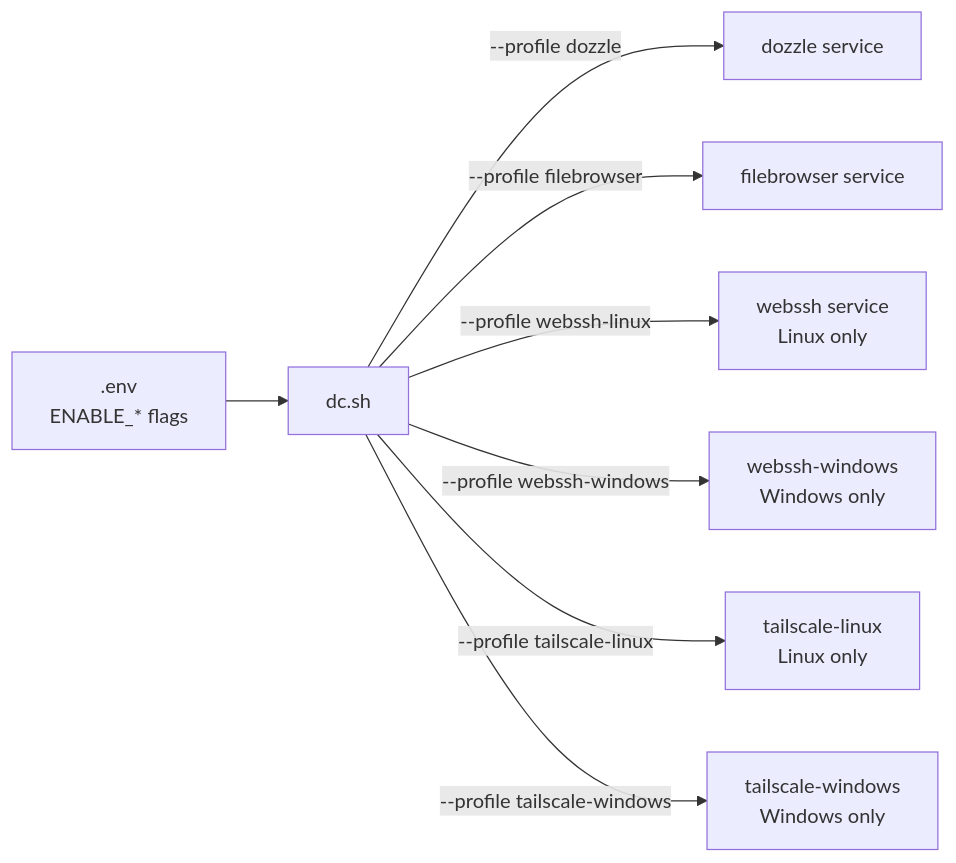
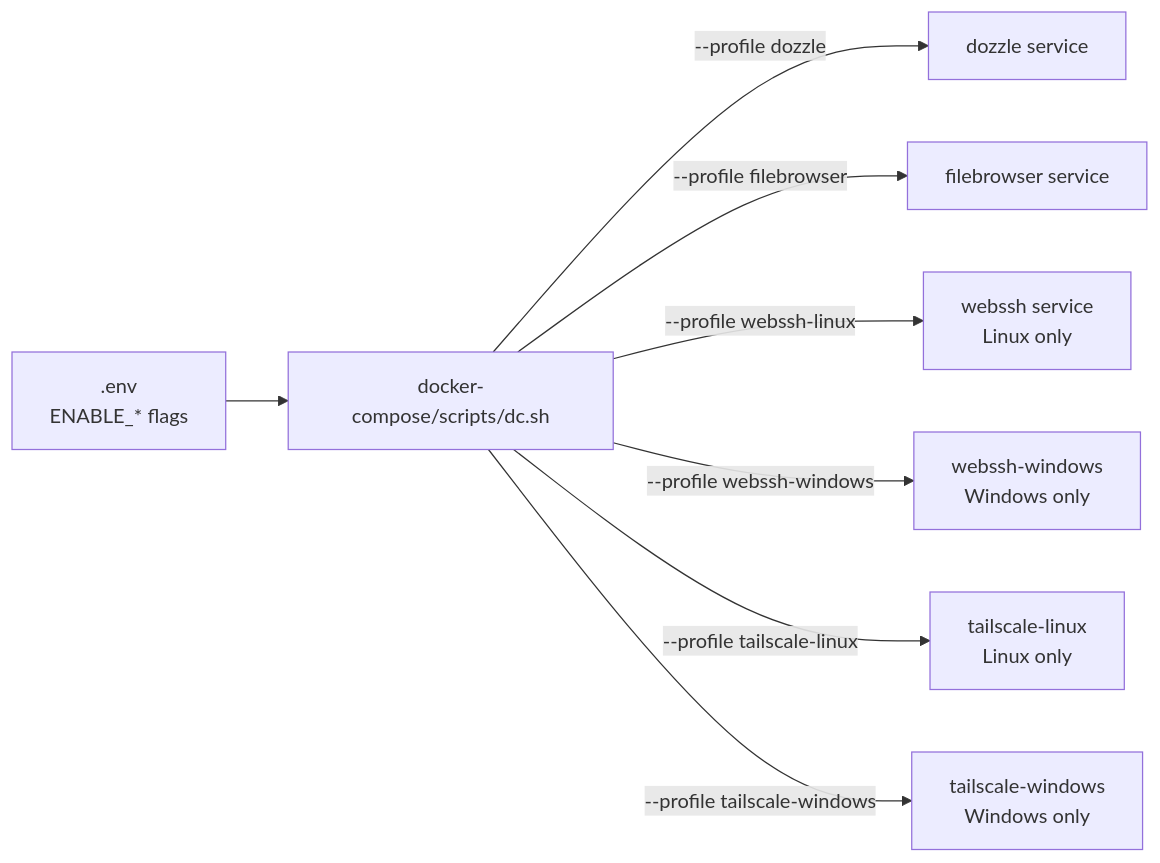
Before and after one commit to odhgateway-ai/docker-stack-template: the second of 5 diagrams in docs/DEPLOY.md, drawn with Mermaid. The commit also changed other lines of this file and 13 other files, not shown here.

First line of the commit message:
Đã xong, mình đã tái cấu trúc đúng như bạn yêu cầu và cập nhật toàn bộ đường dẫn liên quan để không vỡ flow.

````diff
--- a/docs/DEPLOY.md
+++ b/docs/DEPLOY.md
@@ -67,10 +67,10 @@
 ```mermaid
 flowchart LR
-    ENV[.env\nENABLE_* flags] --> DC[dc.sh]
+    ENV[.env\nENABLE_* flags] --> DC[docker-compose/scripts/dc.sh]
     DC -->|--profile dozzle| P1[dozzle service]
     DC -->|--profile filebrowser| P2[filebrowser service]
     DC -->|--profile webssh-linux| P3[webssh service\nLinux only]
     DC -->|--profile webssh-windows| P4[webssh-windows\nWindows only]
     DC -->|--profile tailscale-linux| P5[tailscale-linux\nLinux only]
     DC -->|--profile tailscale-windows| P6[tailscale-windows\nWindows only]
 ```
````
